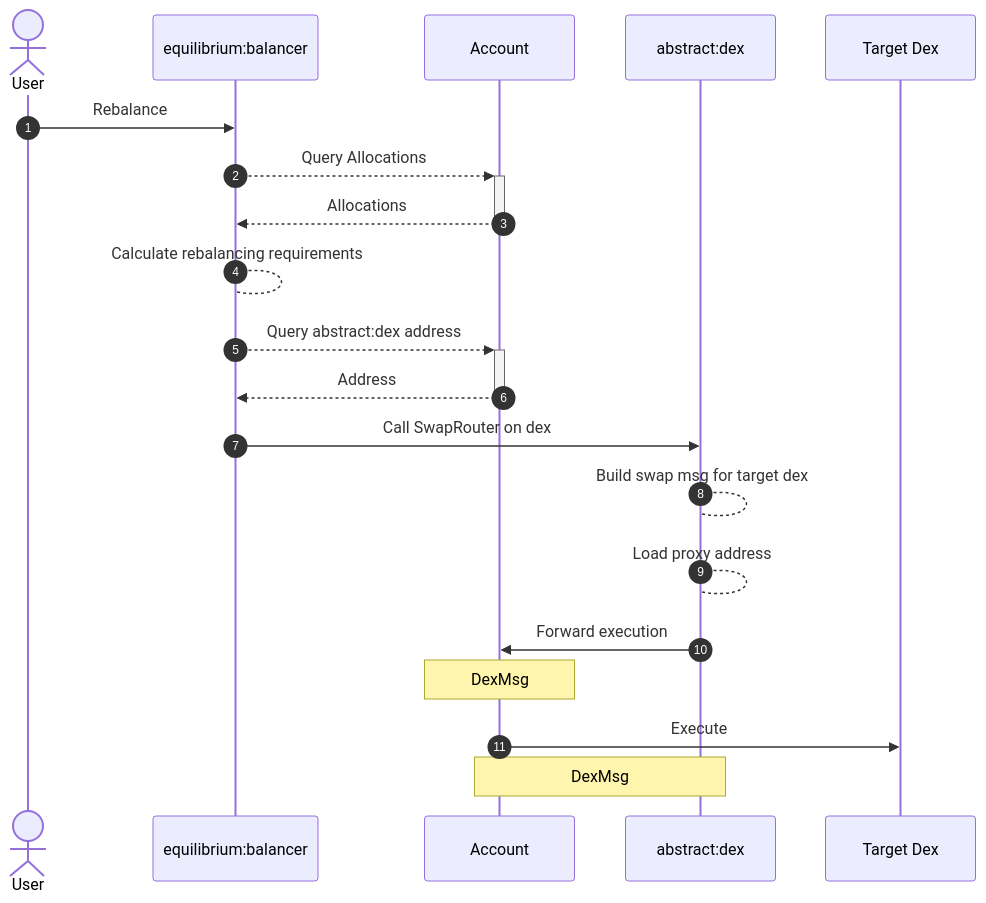
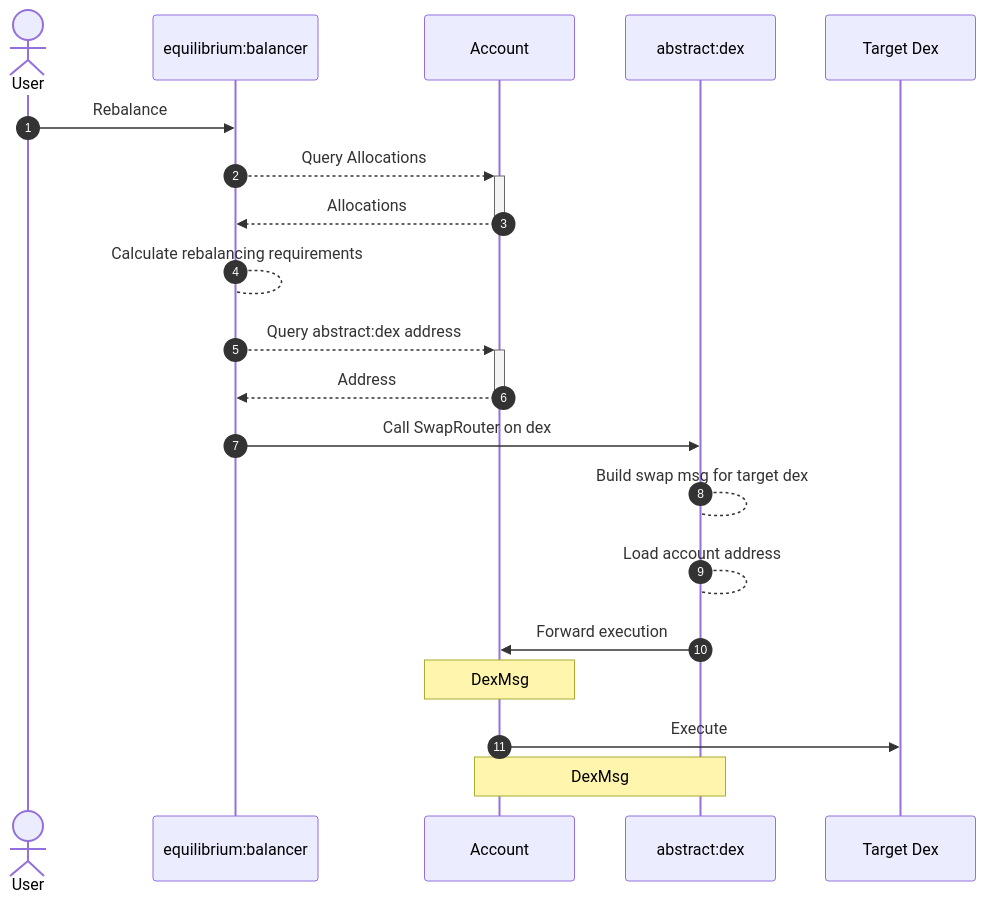
The fifth of 5 diagrams in framework/docs/src/5_platform/8_modules.md (AbstractSDK/abstract), drawn with Mermaid before and after one commit. The commit also changed 5 other files, not shown here.

````diff
--- a/framework/docs/src/5_platform/8_modules.md
+++ b/framework/docs/src/5_platform/8_modules.md
@@ -153,22 +153,22 @@
 ```mermaid
 sequenceDiagram
     autonumber
     actor U as User
     participant B as equilibrium:balancer
     participant A as Account
     participant D as abstract:dex
     participant T as Target Dex
     U ->> B: Rebalance
     B -->>+ A: Query Allocations
     A -->>- B: Allocations
     B --> B: Calculate rebalancing requirements
     B -->>+ A: Query abstract:dex address
     A -->>- B: Address
     B ->> D: Call SwapRouter on dex
     D --> D: Build swap msg for target dex
-    D --> D: Load proxy address
+    D --> D: Load account address
     D ->> A: Forward execution
     Note over A: DexMsg
     A ->> T: Execute
     Note over D, A: DexMsg
 ```
````
